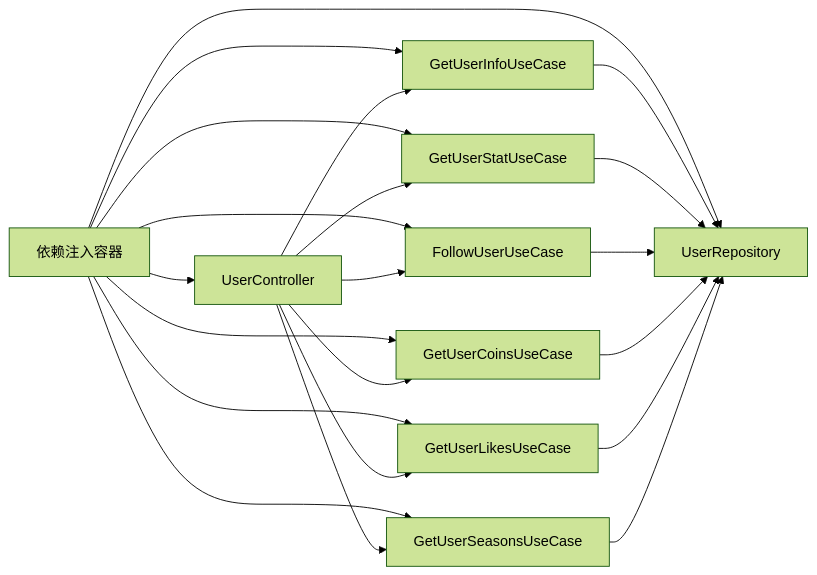
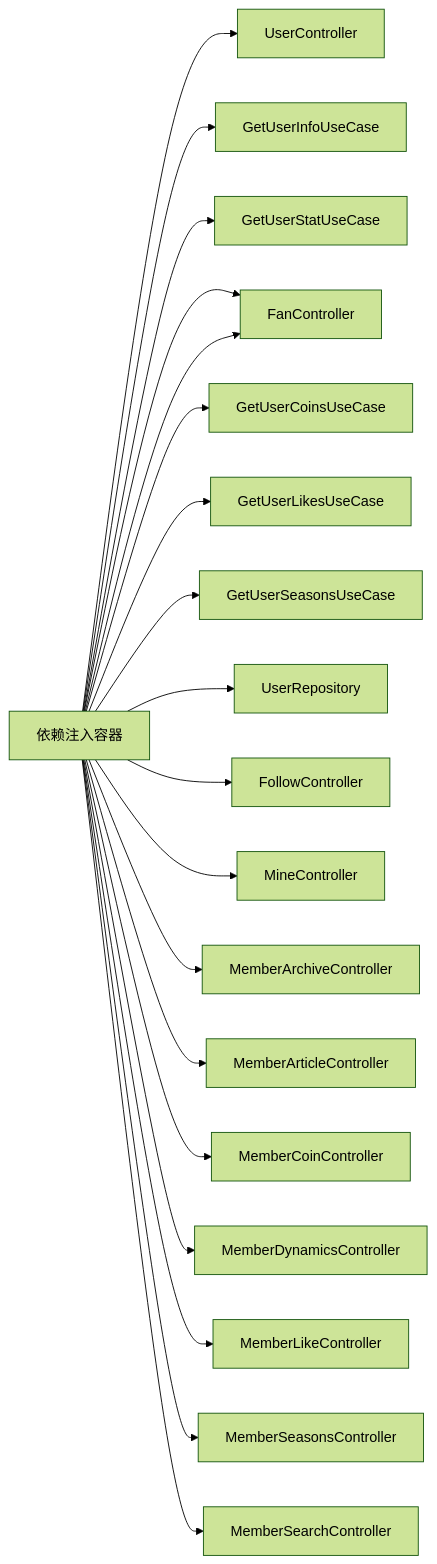
The ninth of 9 diagrams in .qoder/repowiki/zh/content/核心模块/功能模块/用户中心模块/用户中心模块.md (justLXX/pilipala), drawn with Mermaid (forest theme) before and after one commit. The commit also changed other lines of this file and 194 other files, not shown here.

````diff
--- a/.qoder/repowiki/zh/content/核心模块/功能模块/用户中心模块/用户中心模块.md
+++ b/.qoder/repowiki/zh/content/核心模块/功能模块/用户中心模块/用户中心模块.md
@@ -284,23 +406,21 @@
 ```mermaid
 graph LR
 DI["依赖注入容器"] --> UC["UserController"]
 DI --> UCI["GetUserInfoUseCase"]
 DI --> UCS["GetUserStatUseCase"]
 DI --> FC["FollowUserUseCase"]
 DI --> UCC["GetUserCoinsUseCase"]
 DI --> UCL["GetUserLikesUseCase"]
 DI --> UCSn["GetUserSeasonsUseCase"]
 DI --> UR["UserRepository"]
-UC --> UCI
-UC --> UCS
-UC --> FC
-UC --> UCC
-UC --> UCL
-UC --> UCSn
-UCI --> UR
-UCS --> UR
-FC --> UR
-UCC --> UR
-UCL --> UR
-UCSn --> UR
+DI --> FC["FanController"]
+DI --> FOL["FollowController"]
+DI --> MC["MineController"]
+DI --> MAC["MemberArchiveController"]
+DI --> MAT["MemberArticleController"]
+DI --> MCO["MemberCoinController"]
+DI --> MDY["MemberDynamicsController"]
+DI --> MLK["MemberLikeController"]
+DI --> MSN["MemberSeasonsController"]
+DI --> MSE["MemberSearchController"]
 ```
````
